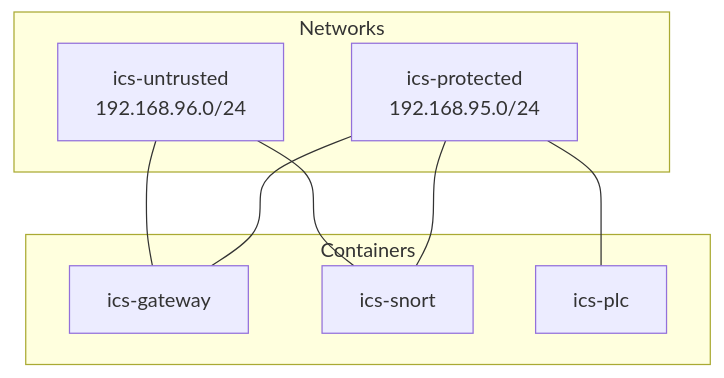
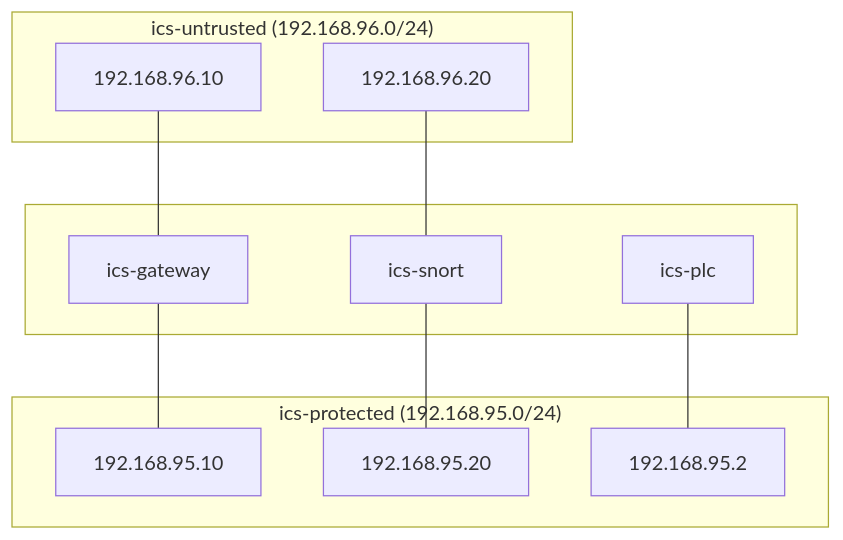
Before and after one commit to spanwich/sel4-ics-gateway-demo: the third of 6 diagrams in docs/CONTAINERS.md, drawn with Mermaid. The commit also changed other lines of this file, not shown here.

First line of the commit message:
Improve container diagrams layout and clarity

````diff
--- a/docs/CONTAINERS.md
+++ b/docs/CONTAINERS.md
@@ -57,19 +57,25 @@
 ```mermaid
 flowchart TB
-    subgraph Networks
-        UN["ics-untrusted\n192.168.96.0/24"]
-        PR["ics-protected\n192.168.95.0/24"]
+    subgraph Untrusted["ics-untrusted (192.168.96.0/24)"]
+        UN_GW["192.168.96.10"]
+        UN_SN["192.168.96.20"]
     end
 
-    subgraph Containers
+    subgraph Containers[" "]
         GW["ics-gateway"]
         SN["ics-snort"]
         PLC["ics-plc"]
     end
 
-    UN --- GW
-    UN --- SN
-    PR --- GW
-    PR --- SN
-    PR --- PLC
+    subgraph Protected["ics-protected (192.168.95.0/24)"]
+        PR_GW["192.168.95.10"]
+        PR_SN["192.168.95.20"]
+        PR_PLC["192.168.95.2"]
+    end
+
+    UN_GW --- GW
+    UN_SN --- SN
+    GW --- PR_GW
+    SN --- PR_SN
+    PLC --- PR_PLC
 ```
````
